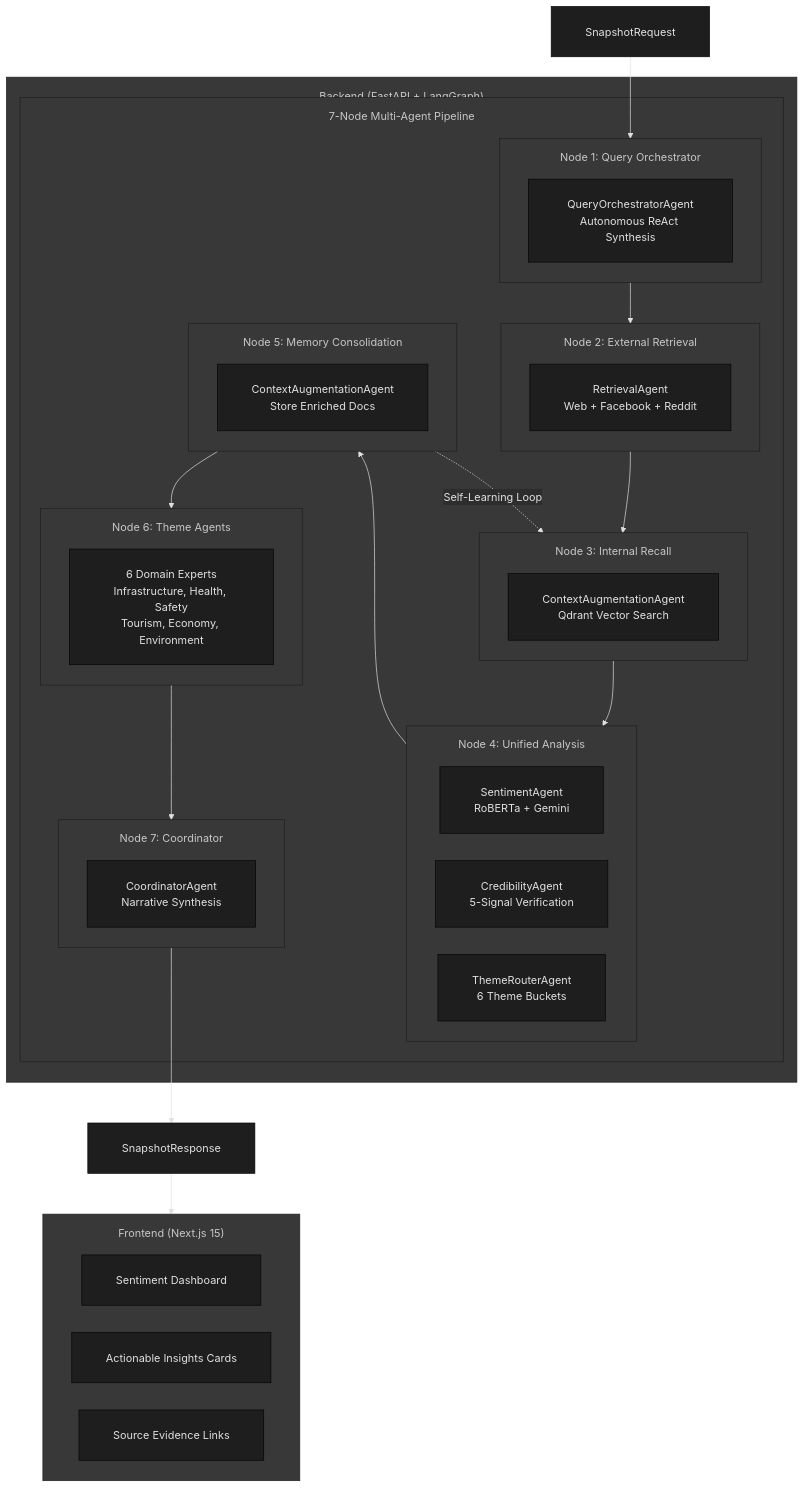
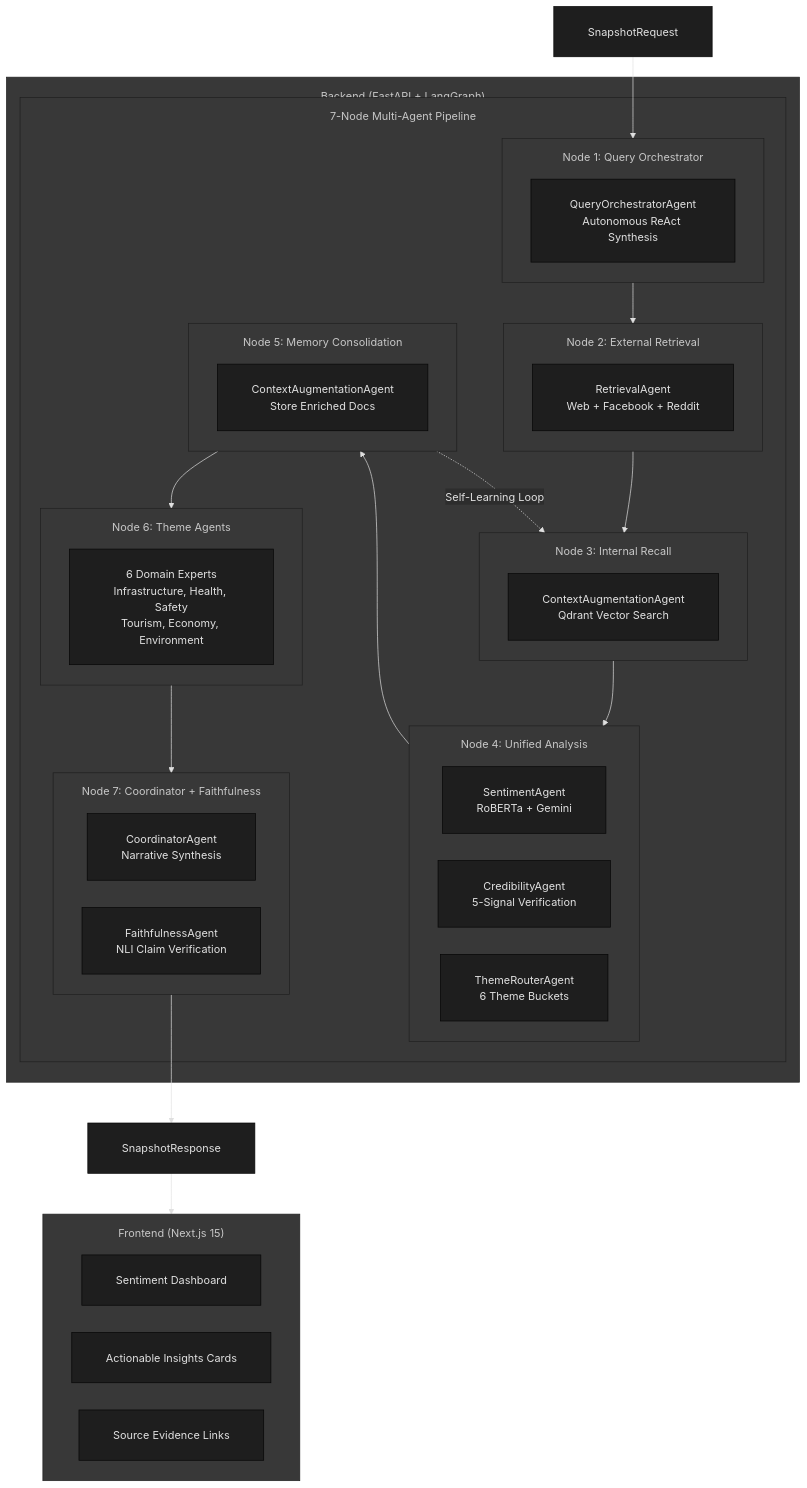
Before and after one commit to donyelqt/Hinaing: the first of 10 diagrams in docs/ARCHITECTURE.md, drawn with Mermaid. The commit also changed other lines of this file and 1 other file, not shown here.

First line of the commit message:
docs(architecture): add FaithfulnessAgent for NLI-based claim verification

````diff
--- a/docs/ARCHITECTURE.md
+++ b/docs/ARCHITECTURE.md
@@ -198,70 +202,71 @@
 ```mermaid
 %%{init: {'theme': 'base', 'themeVariables': { 
   'primaryColor': '#1e1e1e',
   'primaryTextColor': '#e0e0e0',
   'secondaryColor': '#2d2d2d',
   'tertiaryColor': '#383838',
   'primaryFontSize': '18px',
   'secondaryFontSize': '14px',
   'tertiaryFontSize': '12px',
   'lineColor': '#e0e0e0'
  }, 'flowchart': {
   'subGraphTitleMargin': { 'top': 15, 'bottom': 15 },
   'padding': 25,
   'nodeSpacing': 40,
   'rankSpacing': 60
  }}}%%
 flowchart TB
     subgraph Frontend["Frontend (Next.js 15)"]
         UI[Sentiment Dashboard]
         Insights[Actionable Insights Cards]
         Sources[Source Evidence Links]
     end
 
     subgraph Backend["Backend (FastAPI + LangGraph)"]
         subgraph Workflow["7-Node Multi-Agent Pipeline"]
 
             subgraph Node1["Node 1: Query Orchestrator"]
                 QO[QueryOrchestratorAgent<br/>Autonomous ReAct Synthesis]
             end
 
             subgraph Node2["Node 2: External Retrieval"]
                 RA[RetrievalAgent<br/>Web + Facebook + Reddit]
             end
 
             subgraph Node3["Node 3: Internal Recall"]
                 CTX[ContextAugmentationAgent<br/>Qdrant Vector Search]
             end
 
             subgraph Node4["Node 4: Unified Analysis"]
                 SA[SentimentAgent<br/>RoBERTa + Gemini]
                 CA[CredibilityAgent<br/>5-Signal Verification]
                 TR[ThemeRouterAgent<br/>6 Theme Buckets]
             end
 
             subgraph Node5["Node 5: Memory Consolidation"]
                 CTX2[ContextAugmentationAgent<br/>Store Enriched Docs]
             end
 
             subgraph Node6["Node 6: Theme Agents"]
                 TA[6 Domain Experts<br/>Infrastructure, Health, Safety<br/>Tourism, Economy, Environment]
             end
 
-            subgraph Node7["Node 7: Coordinator"]
+            subgraph Node7["Node 7: Coordinator + Faithfulness"]
                 COORD[CoordinatorAgent<br/>Narrative Synthesis]
+                FAITH[FaithfulnessAgent<br/>NLI Claim Verification]
             end
 
             Node1 --> Node2
             Node2 --> Node3
             Node3 --> Node4
             Node4 --> Node5
             Node5 --> Node6
             Node6 --> Node7
             Node5 -.->|Self-Learning Loop| Node3
         end
     end
 
     Request[SnapshotRequest] --> Node1
     Node7 --> Response[SnapshotResponse]
     Response --> Frontend
 ```
````
